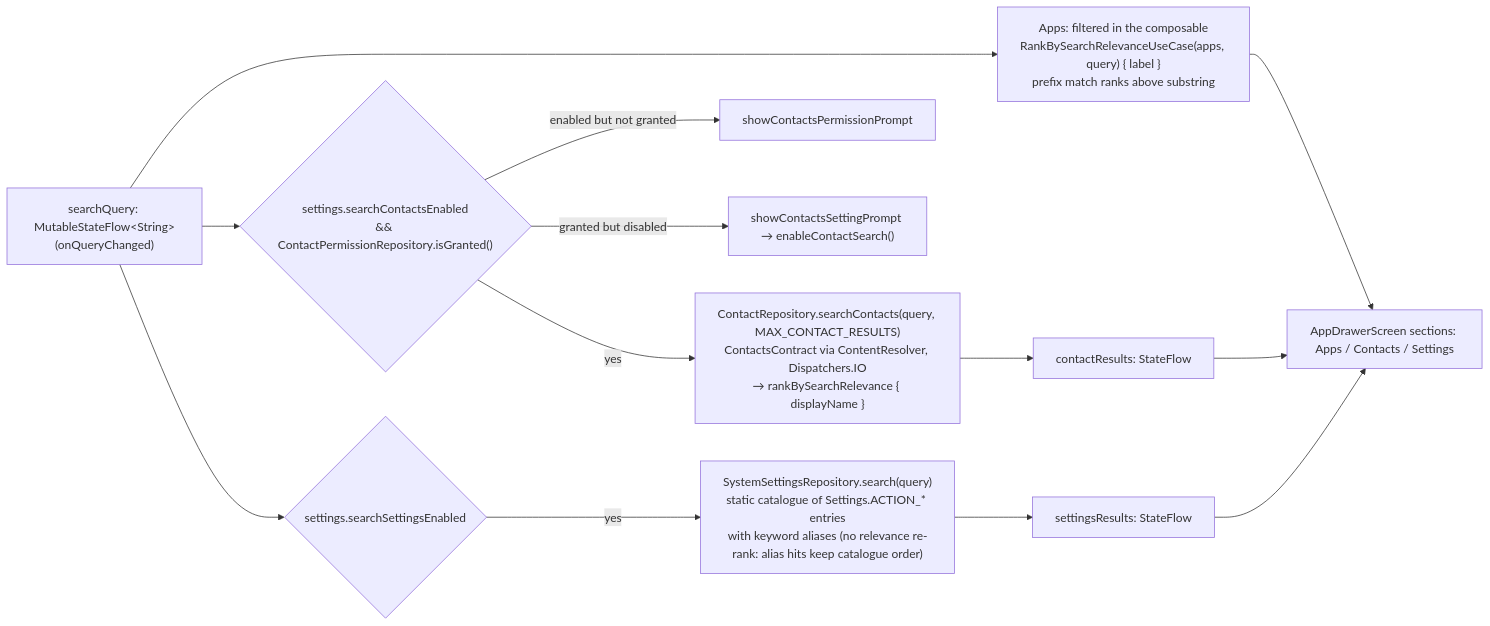
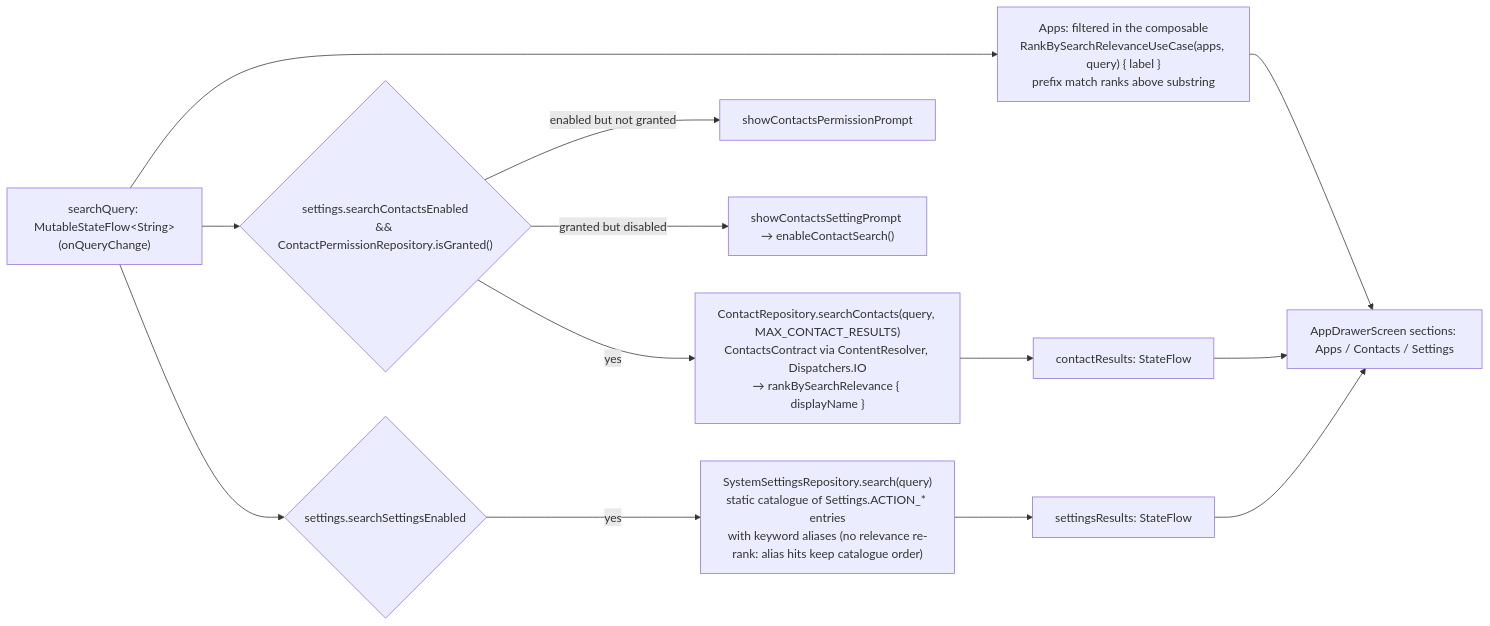
The second of 2 diagrams in docs/architecture/12-flow-drawer-search-and-app-actions.md (rohitganjam/facet-launcher), drawn with Mermaid before and after one commit. The commit also changed other lines of this file and 38 other files, not shown here.

````diff
--- a/docs/architecture/12-flow-drawer-search-and-app-actions.md
+++ b/docs/architecture/12-flow-drawer-search-and-app-actions.md
@@ -164,16 +164,16 @@
 ```mermaid
 flowchart LR
-    Q["searchQuery: MutableStateFlow&lt;String&gt;\n(onQueryChanged)"]
+    Q["searchQuery: MutableStateFlow&lt;String&gt;\n(onQueryChange)"]
     Q --> A["Apps: filtered in the composable\nRankBySearchRelevanceUseCase(apps, query) { label }\nprefix match ranks above substring"]
     Q --> C{"settings.searchContactsEnabled\n&amp;&amp; ContactPermissionRepository.isGranted()"}
     C -- yes --> CR["ContactRepository.searchContacts(query, MAX_CONTACT_RESULTS)\nContactsContract via ContentResolver, Dispatchers.IO\n→ rankBySearchRelevance { displayName }"]
     C -- "enabled but not granted" --> P1["showContactsPermissionPrompt"]
     C -- "granted but disabled" --> P2["showContactsSettingPrompt → enableContactSearch()"]
     Q --> SS{"settings.searchSettingsEnabled"}
     SS -- yes --> SR["SystemSettingsRepository.search(query)\nstatic catalogue of Settings.ACTION_* entries\nwith keyword aliases (no relevance re-rank: alias hits keep catalogue order)"]
     CR --> OUT["contactResults: StateFlow"]
     SR --> OUT2["settingsResults: StateFlow"]
     A --> S[AppDrawerScreen sections: Apps / Contacts / Settings]
     OUT --> S
     OUT2 --> S
 ```
````
